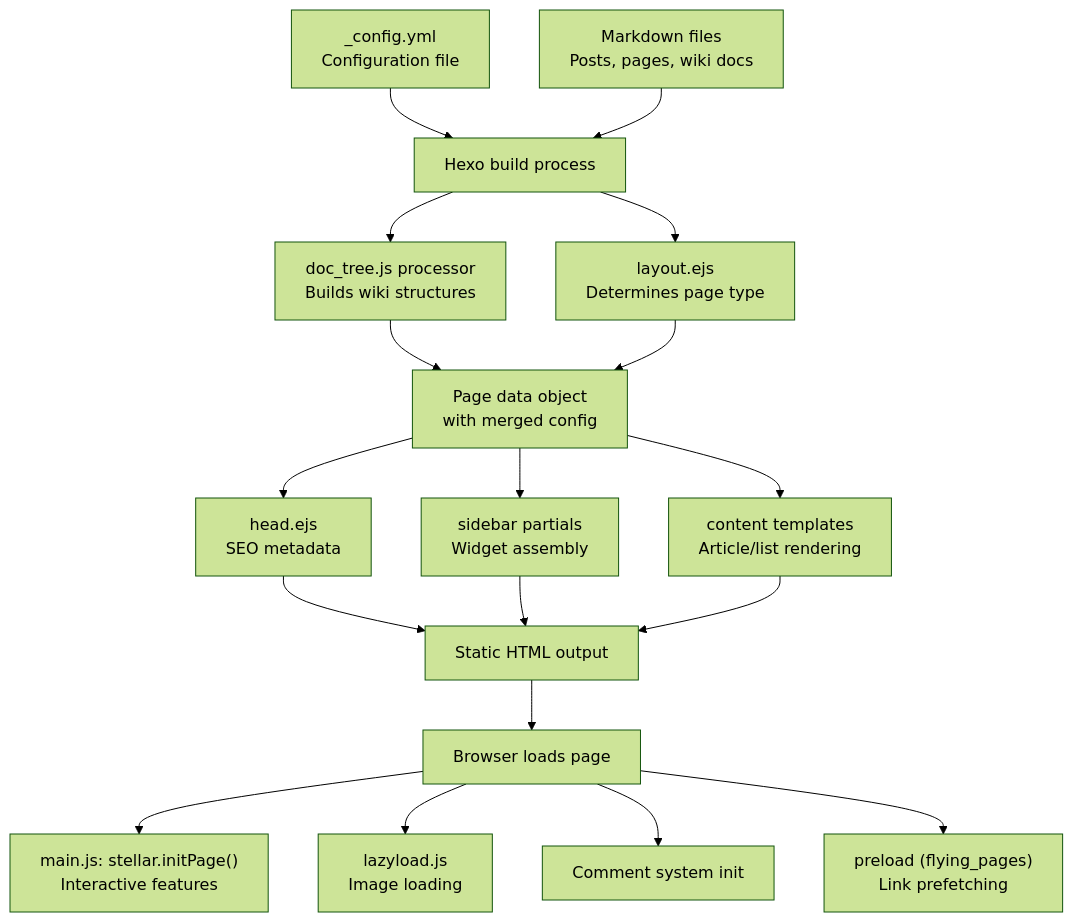
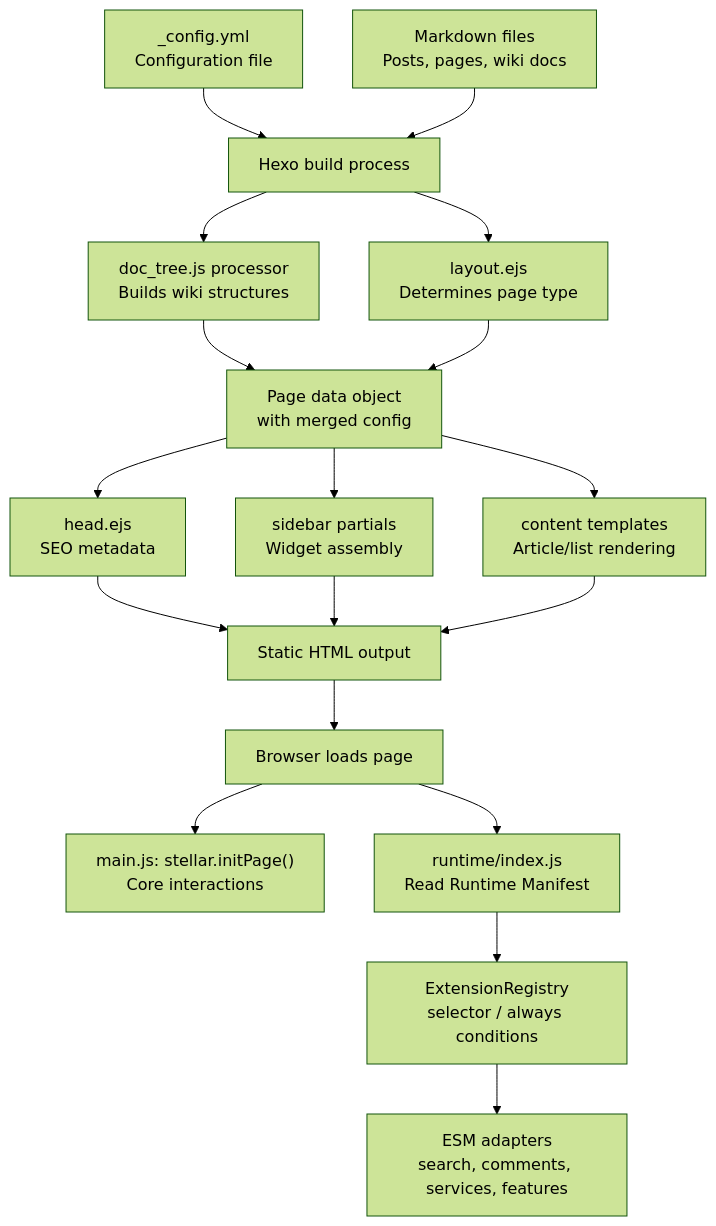
One commit to xaoxuu/hexo-theme-stellar changed the fifth of 5 diagrams in docs/knowledge/00-总览与安装配置/overview.md. Above: the diagram before and after it, drawn with Mermaid (forest theme). The commit also changed other lines of this file and 861 other files, not shown here.

````diff
--- a/docs/knowledge/00-总览与安装配置/overview.md
+++ b/docs/knowledge/00-总览与安装配置/overview.md
@@ -288,29 +292,29 @@
 ```mermaid
 flowchart TD
     CONFIG["_config.yml<br/>Configuration file"]
     MARKDOWN["Markdown files<br/>Posts, pages, wiki docs"]
     
     CONFIG --> HEXO["Hexo build process"]
     MARKDOWN --> HEXO
     
     HEXO --> DOCTREE["doc_tree.js processor<br/>Builds wiki structures"]
     HEXO --> LAYOUTEJS["layout.ejs<br/>Determines page type"]
     
     DOCTREE --> PAGEDATA["Page data object<br/>with merged config"]
     LAYOUTEJS --> PAGEDATA
     
     PAGEDATA --> HEADEJS["head.ejs<br/>SEO metadata"]
     PAGEDATA --> SIDEBAREJS["sidebar partials<br/>Widget assembly"]
     PAGEDATA --> CONTENTEJS["content templates<br/>Article/list rendering"]
     
     HEADEJS --> STATICHTML["Static HTML output"]
     SIDEBAREJS --> STATICHTML
     CONTENTEJS --> STATICHTML
     
     STATICHTML --> BROWSER["Browser loads page"]
     
-    BROWSER --> MAINJS["main.js: stellar.initPage()<br/>Interactive features"]
-    BROWSER --> LAZYLOAD["lazyload.js<br/>Image loading"]
-    BROWSER --> COMMENTS["Comment system init"]
-    BROWSER --> PRELOAD["preload (flying_pages)<br/>Link prefetching"]
+    BROWSER --> MAINJS["main.js: stellar.initPage()<br/>Core interactions"]
+    BROWSER --> RUNTIME["runtime/index.js<br/>Read Runtime Manifest"]
+    RUNTIME --> REGISTRY["ExtensionRegistry<br/>selector / always conditions"]
+    REGISTRY --> ADAPTERS["ESM adapters<br/>search, comments, services, features"]
 ```
````
